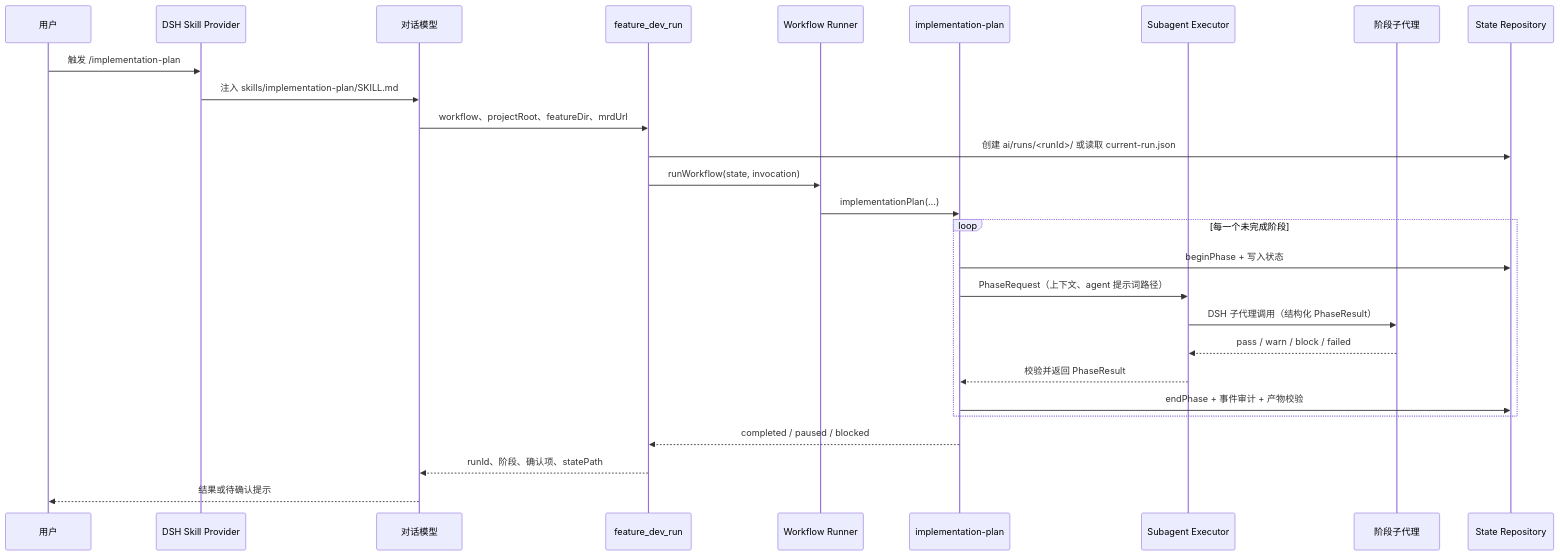
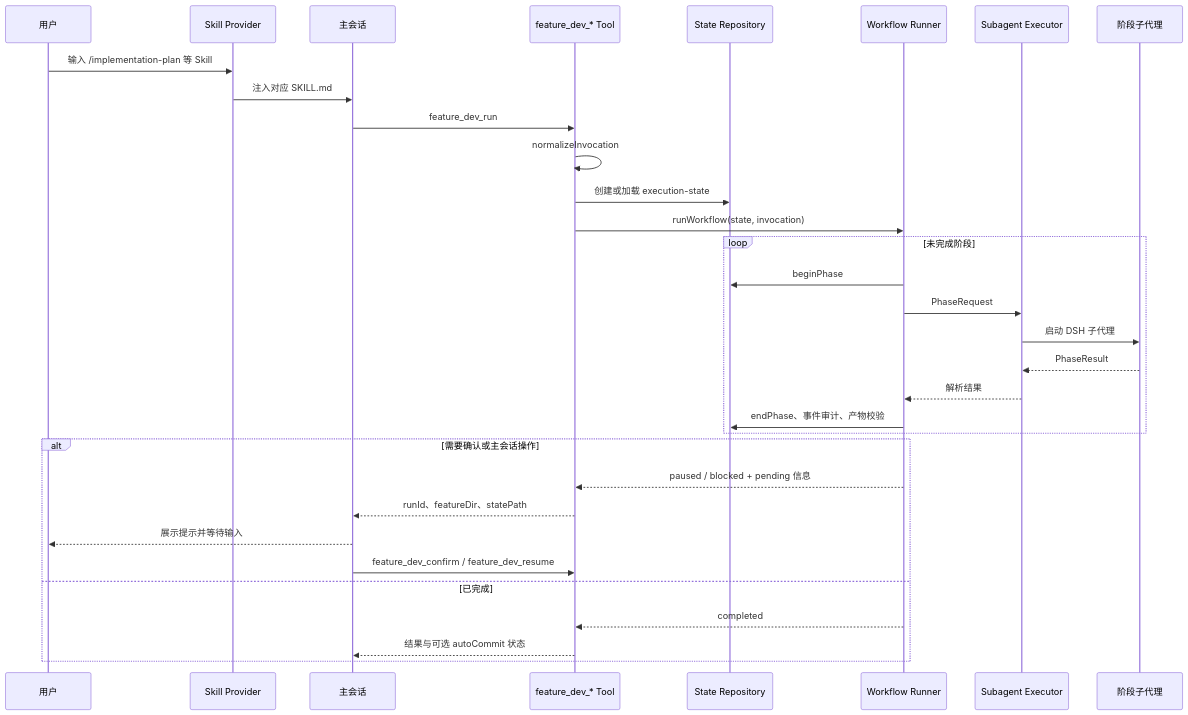
Before and after one commit to awaichixigua/dsh-feature-dev: the diagram in docs/ARCHITECTURE.md, drawn with Mermaid. The commit also changed other lines of this file and 24 other files, not shown here.

Commit message:
implementation-plan 、code-gen-tdd、bugfix增加参数  --auto-comit自动提交并推送代码，包括新增的文件

````diff
--- a/docs/ARCHITECTURE.md
+++ b/docs/ARCHITECTURE.md
@@ -23,30 +29,35 @@
 ```mermaid
 sequenceDiagram
     participant U as 用户
-    participant S as DSH Skill Provider
-    participant M as 对话模型
-    participant T as feature_dev_run
-    participant R as Workflow Runner
-    participant W as implementation-plan
+    participant S as Skill Provider
+    participant M as 主会话
+    participant T as feature_dev_* Tool
+    participant R as State Repository
+    participant W as Workflow Runner
     participant E as Subagent Executor
     participant A as 阶段子代理
-    participant P as State Repository
 
-    U->>S: 触发 /implementation-plan
-    S->>M: 注入 skills/implementation-plan/SKILL.md
-    M->>T: workflow、projectRoot、featureDir、mrdUrl
-    T->>P: 创建 ai/runs/<runId>/ 或读取 current-run.json
-    T->>R: runWorkflow(state, invocation)
-    R->>W: implementationPlan(...)
-    loop 每一个未完成阶段
-        W->>P: beginPhase + 写入状态
-        W->>E: PhaseRequest（上下文、agent 提示词路径）
-        E->>A: DSH 子代理调用（结构化 PhaseResult）
-        A-->>E: pass / warn / block / failed
-        E-->>W: 校验并返回 PhaseResult
-        W->>P: endPhase + 事件审计 + 产物校验
+    U->>S: 输入 /implementation-plan 等 Skill
+    S->>M: 注入对应 SKILL.md
+    M->>T: feature_dev_run
+    T->>T: normalizeInvocation
+    T->>R: 创建或加载 execution-state
+    T->>W: runWorkflow(state, invocation)
+    loop 未完成阶段
+        W->>R: beginPhase
+        W->>E: PhaseRequest
+        E->>A: 启动 DSH 子代理
+        A-->>E: PhaseResult
+        E-->>W: 解析结果
+        W->>R: endPhase、事件审计、产物校验
     end
-    W-->>T: completed / paused / blocked
-    T-->>M: runId、阶段、确认项、statePath
-    M-->>U: 结果或待确认提示
+    alt 需要确认或主会话操作
+        W-->>T: paused / blocked + pending 信息
+        T-->>M: runId、featureDir、statePath
+        M-->>U: 展示提示并等待输入
+        M->>T: feature_dev_confirm / feature_dev_resume
+    else 已完成
+        W-->>T: completed
+        T-->>M: 结果与可选 autoCommit 状态
+    end
 ```
````
